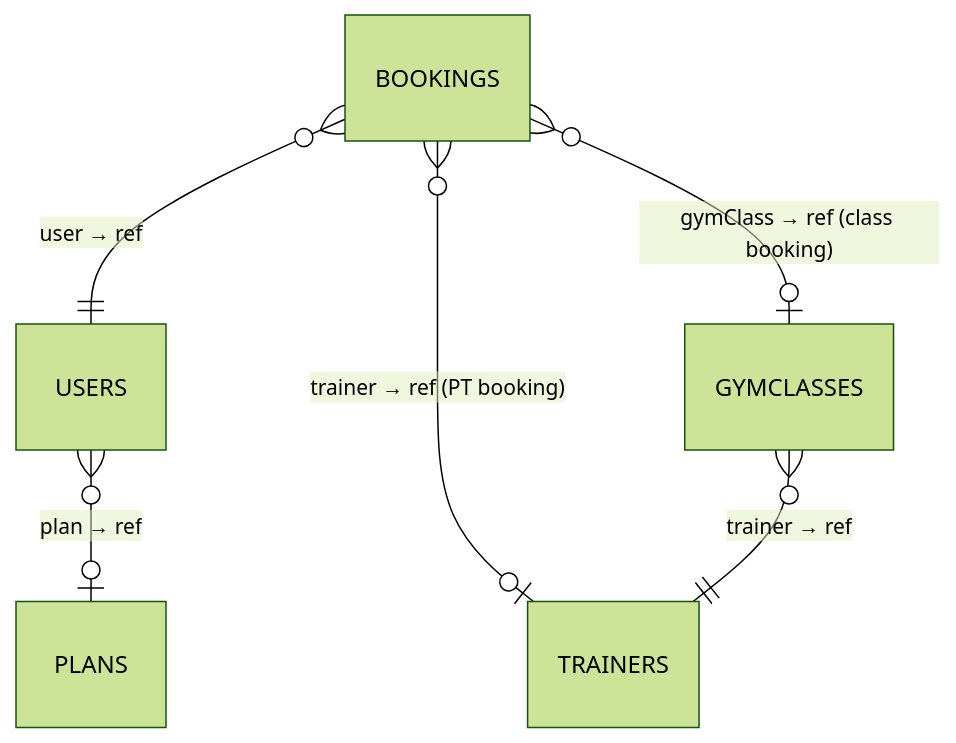
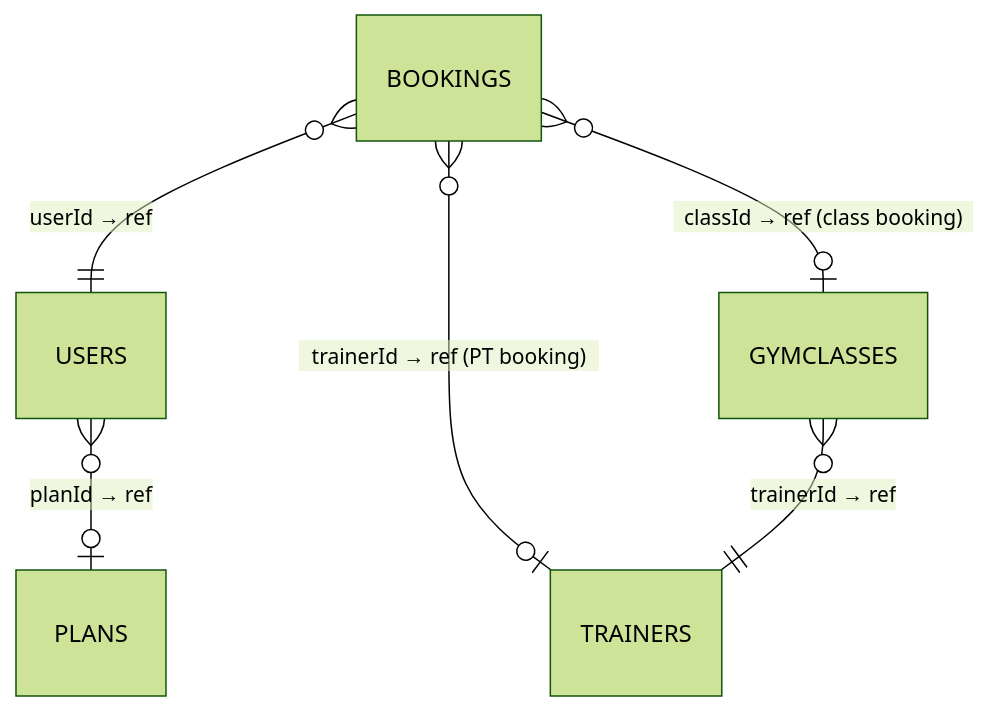
One commit to elieghaoui/Web_Capstone_Project_Ironpulse changed the diagram in docs/schema.md. Above: the diagram before and after it, drawn with Mermaid (forest theme). The commit also changed other lines of this file and 52 other files, not shown here.

Commit message:
Milestone 2: bookings, plans, admin API and security

````diff
--- a/docs/schema.md
+++ b/docs/schema.md
@@ -6,8 +6,8 @@
 ```mermaid
 erDiagram
-    USERS }o--o| PLANS : "plan → ref"
-    BOOKINGS }o--|| USERS : "user → ref"
-    BOOKINGS }o--o| GYMCLASSES : "gymClass → ref (class booking)"
-    BOOKINGS }o--o| TRAINERS : "trainer → ref (PT booking)"
-    GYMCLASSES }o--|| TRAINERS : "trainer → ref"
+    USERS }o--o| PLANS : "planId → ref"
+    BOOKINGS }o--|| USERS : "userId → ref"
+    BOOKINGS }o--o| GYMCLASSES : "classId → ref (class booking)"
+    BOOKINGS }o--o| TRAINERS : "trainerId → ref (PT booking)"
+    GYMCLASSES }o--|| TRAINERS : "trainerId → ref"
 ```
````
